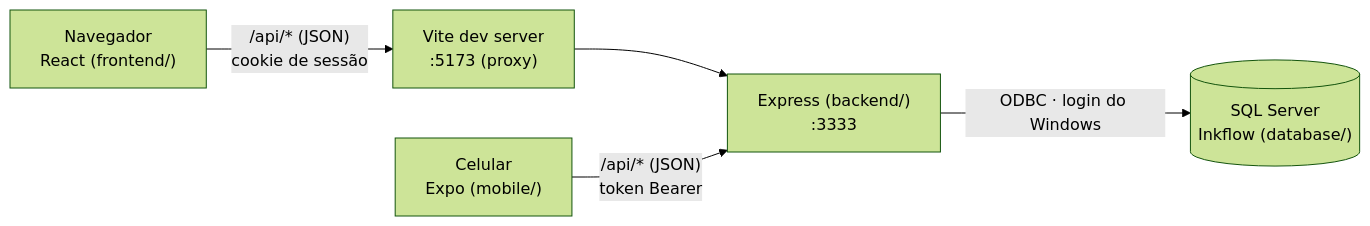
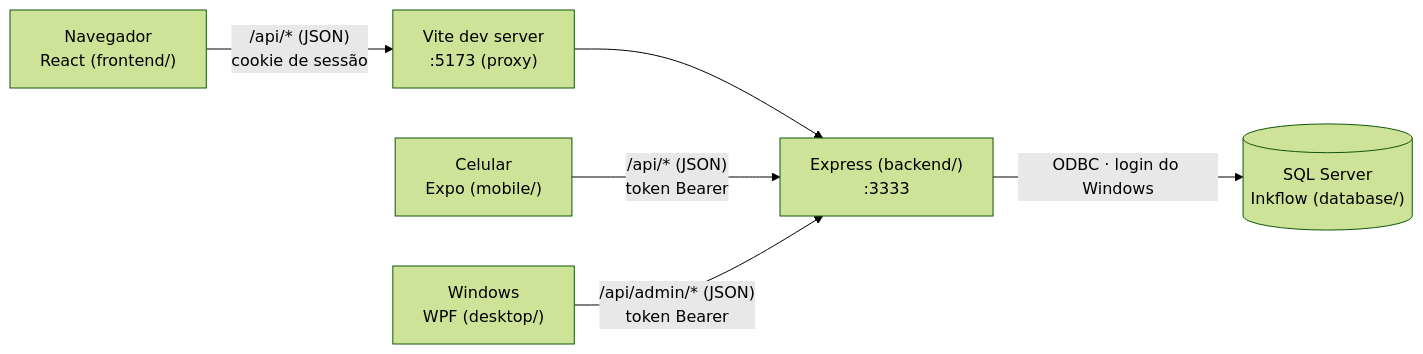
The diagram in README.md (geovanaaacs/Inkflow-PlataformaEnade), drawn with Mermaid (forest theme) before and after one commit. The commit also changed other lines of this file and 38 other files, not shown here.

First line of the commit message:
feat(desktop): app de administração em C#/WPF

````diff
--- a/README.md
+++ b/README.md
@@ -26,7 +28,8 @@
 ```mermaid
 flowchart LR
   browser["Navegador<br/>React (frontend/)"] -- "/api/* (JSON)<br/>cookie de sessão" --> vite["Vite dev server<br/>:5173 (proxy)"]
   vite --> api["Express (backend/)<br/>:3333"]
   phone["Celular<br/>Expo (mobile/)"] -- "/api/* (JSON)<br/>token Bearer" --> api
+  desk["Windows<br/>WPF (desktop/)"] -- "/api/admin/* (JSON)<br/>token Bearer" --> api
   api -- "ODBC · login do Windows" --> db[("SQL Server<br/>Inkflow (database/)")]
 ```
````
